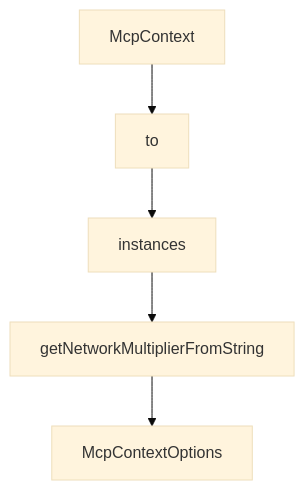
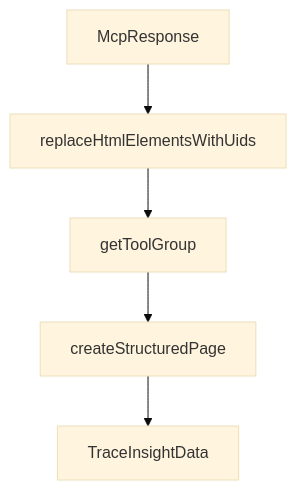
Before and after one commit to johnxie/awesome-code-docs: the diagram in tutorials/chrome-devtools-mcp-tutorial/01-getting-started.md, drawn with Mermaid (base theme). The commit also changed other lines of this file and 1232 other files, not shown here.

````diff
--- a/tutorials/chrome-devtools-mcp-tutorial/01-getting-started.md
+++ b/tutorials/chrome-devtools-mcp-tutorial/01-getting-started.md
@@ -218,12 +216,12 @@
 ```mermaid
 flowchart TD
-    A[McpContext]
-    B[to]
-    C[instances]
-    D[getNetworkMultiplierFromString]
-    E[McpContextOptions]
+    A[McpResponse]
+    B[replaceHtmlElementsWithUids]
+    C[getToolGroup]
+    D[createStructuredPage]
+    E[TraceInsightData]
     A --> B
     B --> C
     C --> D
     D --> E
 ```
````
